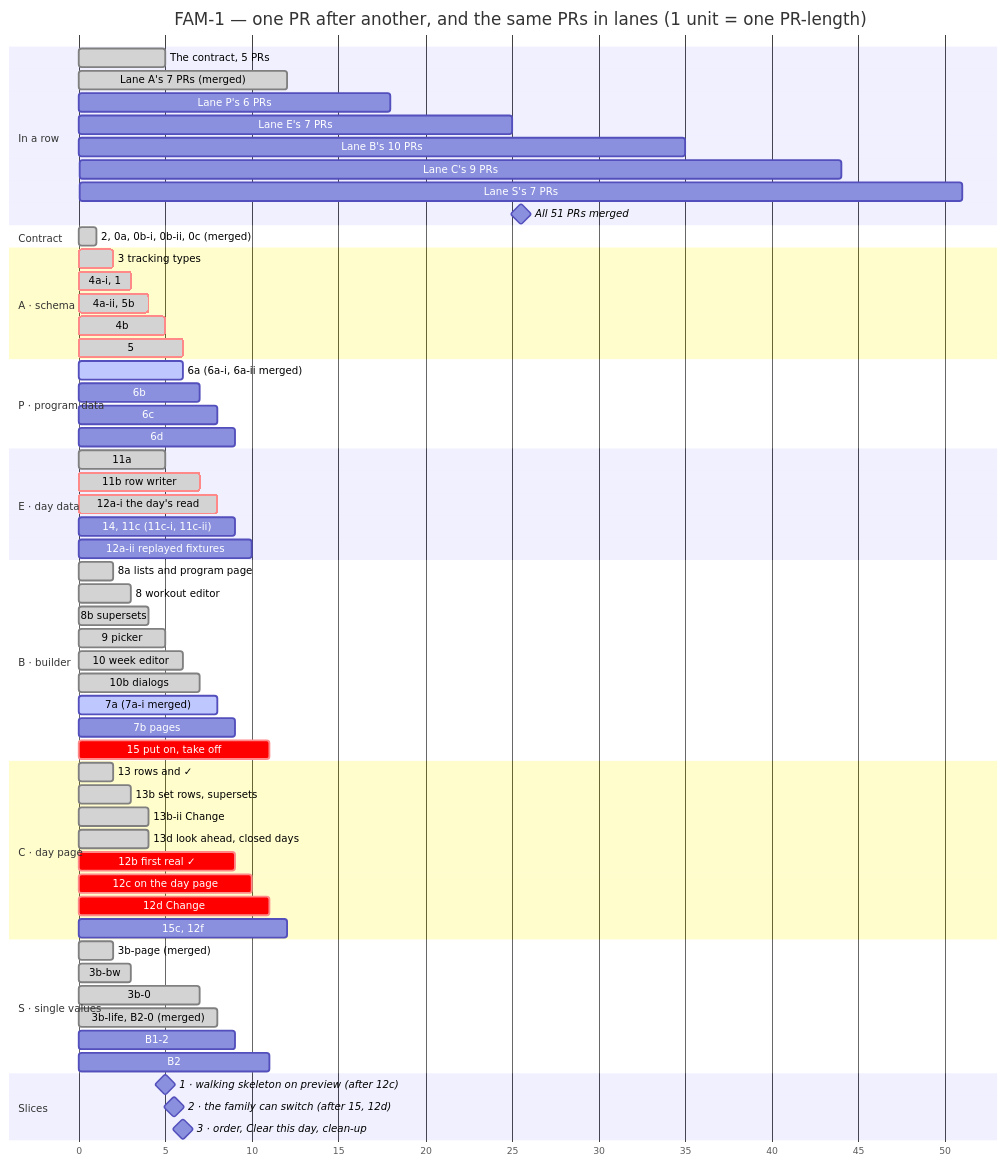
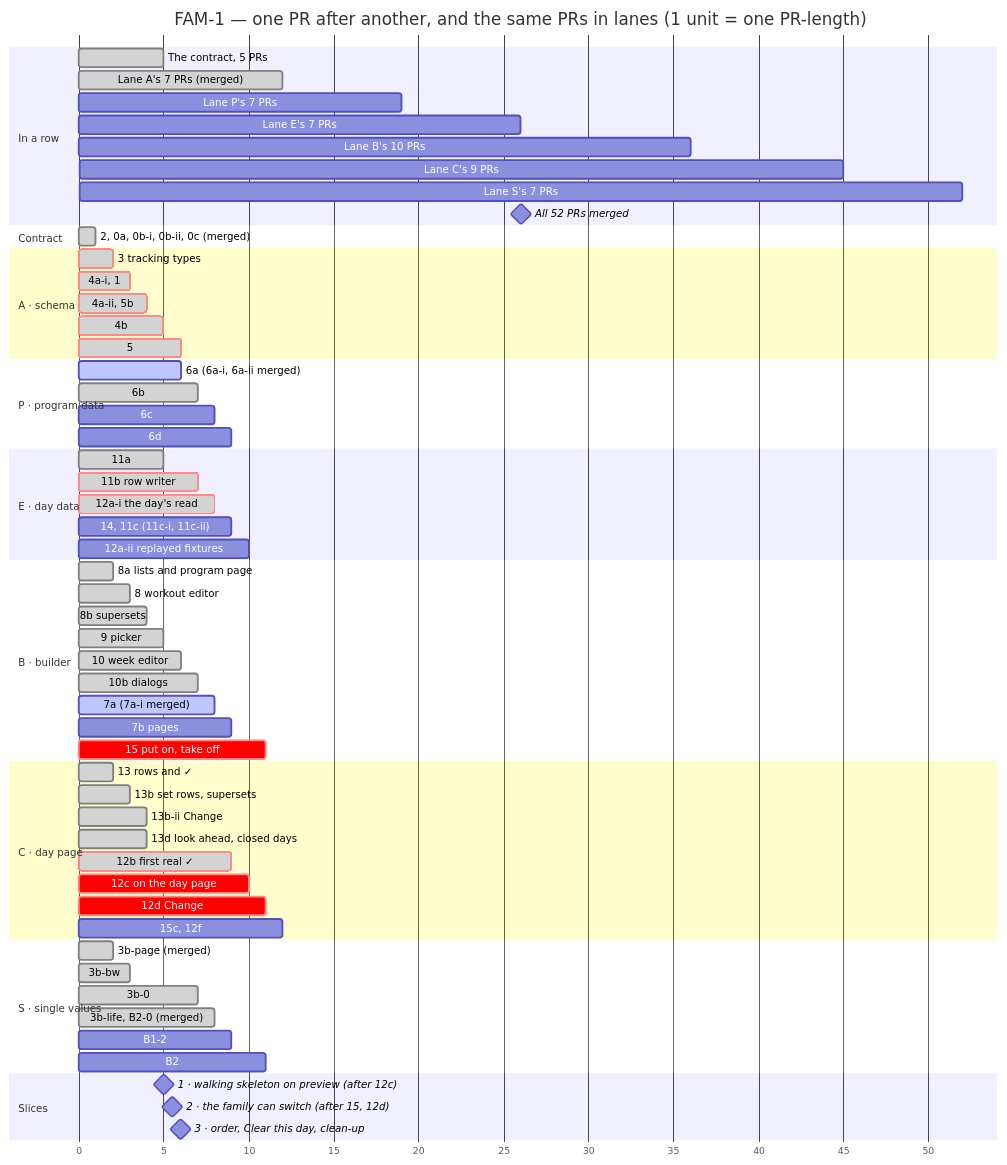
Before and after one commit to ralamode/mat-plan: the second of 2 diagrams in docs/milestones/fam-1-family-program.md, drawn with Mermaid. The commit also changed other lines of this file and 4 other files, not shown here.

````diff
--- a/docs/milestones/fam-1-family-program.md
+++ b/docs/milestones/fam-1-family-program.md
@@ -258,74 +258,74 @@
 ```mermaid
 gantt
   title FAM-1 — one PR after another, and the same PRs in lanes (1 unit = one PR-length)
   dateFormat X
   axisFormat %s
   todayMarker off
 
   section In a row
   The contract, 5 PRs          :done, r0, 0, 5
   Lane A's 7 PRs (merged)      :done, r1, 5, 12
-  Lane P's 6 PRs               :r2, 12, 18
-  Lane E's 7 PRs               :r3, 18, 25
-  Lane B's 10 PRs              :r4, 25, 35
-  Lane C's 9 PRs               :r5, 35, 44
-  Lane S's 7 PRs               :r6, 44, 51
-  All 51 PRs merged            :milestone, rm, 51, 51
+  Lane P's 7 PRs               :r2, 12, 19
+  Lane E's 7 PRs               :r3, 19, 26
+  Lane B's 10 PRs              :r4, 26, 36
+  Lane C's 9 PRs               :r5, 36, 45
+  Lane S's 7 PRs               :r6, 45, 52
+  All 52 PRs merged            :milestone, rm, 52, 52
 
   section Contract
   2, 0a, 0b-i, 0b-ii, 0c (merged) :done, c0, 0, 1
 
   section A · schema
   3 tracking types             :crit, done, a1, 1, 2
   4a-i, 1                      :crit, done, a2, 2, 3
   4a-ii, 5b                    :crit, done, a3, 3, 4
   4b                           :crit, done, a4, 4, 5
   5                            :crit, done, a5, 5, 6
 
   section P · program data
   6a (6a-i, 6a-ii merged)      :active, p1, 5, 6
-  6b                           :p2, 6, 7
+  6b                           :done, p2, 6, 7
   6c                           :p3, 7, 8
   6d                           :p4, 8, 9
 
   section E · day data
   11a                          :done, e1, 4, 5
   11b row writer               :crit, done, e2, 5, 7
   12a-i the day's read         :crit, done, e3, 7, 8
   14, 11c (11c-i, 11c-ii)      :e4, 8, 9
   12a-ii replayed fixtures     :e5, 9, 10
 
   section B · builder
   8a lists and program page    :done, b1, 1, 2
   8 workout editor             :done, b2, 2, 3
   8b supersets                 :done, b3, 3, 4
   9 picker                     :done, b4, 4, 5
   10 week editor               :done, b5, 5, 6
   10b dialogs                  :done, b6, 6, 7
   7a (7a-i merged)             :active, b7, 7, 8
   7b pages                     :b8, 8, 9
   15 put on, take off          :crit, b9, 10, 11
 
   section C · day page
   13 rows and ✓                :done, c1, 1, 2
   13b set rows, supersets      :done, c2, 2, 3
   13b-ii Change                :done, c2b, 3, 4
   13d look ahead, closed days  :done, c3, 3, 4
-  12b first real ✓             :crit, c4, 8, 9
+  12b first real ✓             :crit, done, c4, 8, 9
   12c on the day page          :crit, c5, 9, 10
   12d Change                   :crit, c6, 10, 11
   15c, 12f                     :c7, 11, 12
 
   section S · single values
   3b-page (merged)             :done, s1, 1, 2
   3b-bw                        :done, s2, 2, 3
   3b-0                         :done, s3, 6, 7
   3b-life, B2-0 (merged)       :done, s4, 7, 8
   B1-2                         :s5, 8, 9
   B2                           :s6, 10, 11
 
   section Slices
   1 · walking skeleton on preview (after 12c) :milestone, m1, 10, 10
   2 · the family can switch (after 15, 12d)   :milestone, m2, 11, 11
   3 · order, Clear this day, clean-up         :milestone, m3, 12, 12
 ```
````
